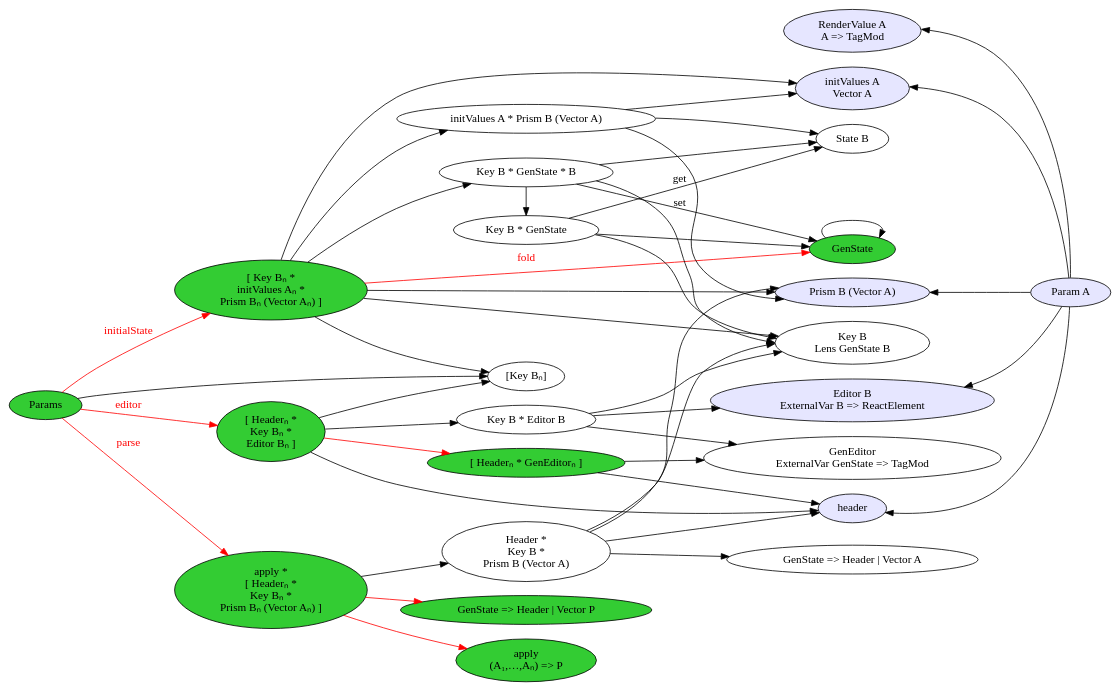
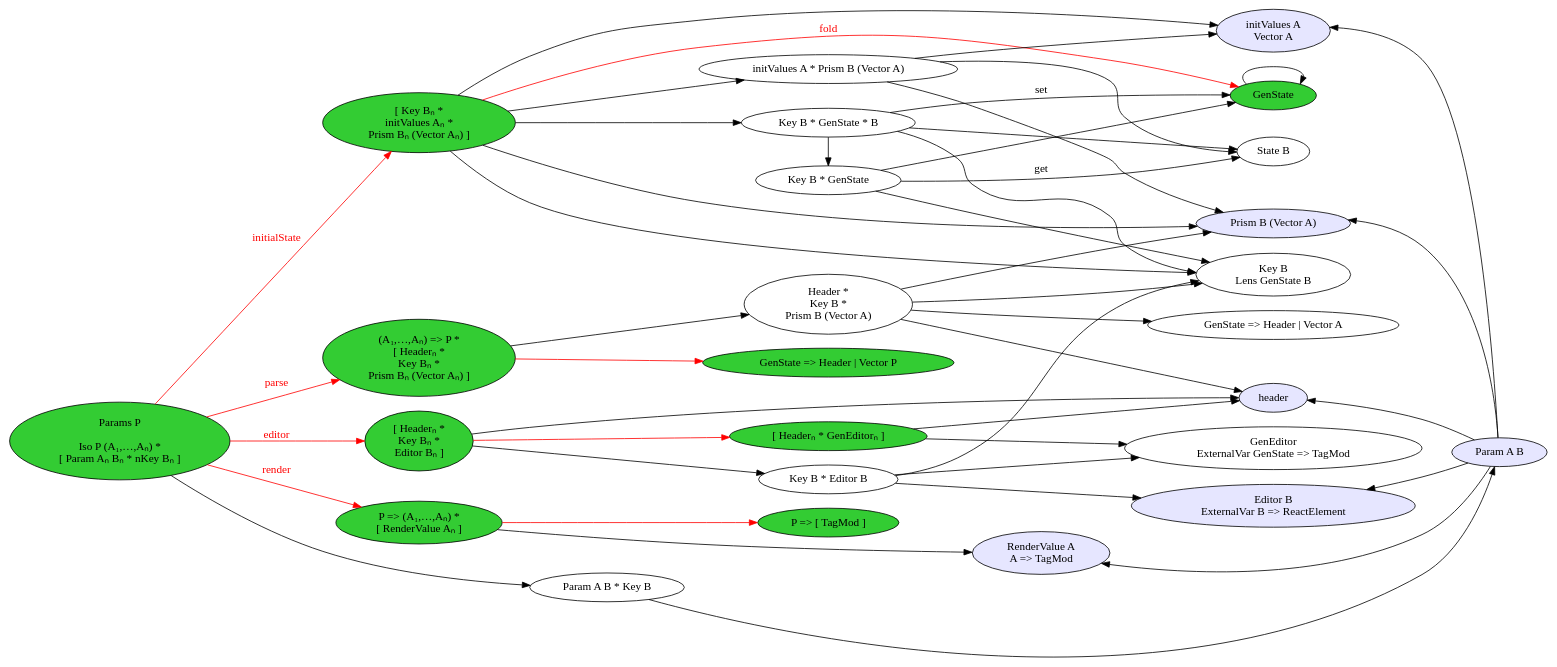
The diagram in params.gv (japgolly/scalajs-benchmark), drawn with Graphviz before and after one commit. The commit also changed 4 other files, not shown here.

```diff
--- a/params.gv
+++ b/params.gv
@@ -1,68 +1,75 @@
 digraph G {
 rankdir=LR
 
 { node[style=filled fillcolor="#e6e6ff"]
 header
 render [label="RenderValue A\nA => TagMod"]
 initValues [label="initValues A\nVector A"]
 editor [label="Editor B\nExternalVar B => ReactElement"]
 prism [label="Prism B (Vector A)"]
 
-Param [label="Param A"]
+Param [label="Param A B"]
 header,render,initValues,editor,prism -> Param [dir=back]
 }
 
 genEditor [label="GenEditor\nExternalVar GenState => TagMod"]
 
 { node[style=filled fillcolor="#33cc33"]
 gs [label="GenState"]
 gs -> gs
-GOAL_Params [label="Params"]
+GOAL_Params [label="Params P\n\nIso P (A₁,…,Aₙ) *\n[ Param Aₙ Bₙ * nKey Bₙ ]"]
 GOAL_editors [label="[ Headerₙ * GenEditorₙ ]"]
 initStateNeeds [label="[ Key Bₙ *\ninitValues Aₙ *\nPrism Bₙ (Vector Aₙ) ]"]
 editorNeeds [label="[ Headerₙ *\nKey Bₙ *\nEditor Bₙ ]"]
-parseNeeds [label="apply *\n[ Headerₙ *\nKey Bₙ *\nPrism Bₙ (Vector Aₙ) ]"]
+parseNeeds [label="(A₁,…,Aₙ) => P *\n[ Headerₙ *\nKey Bₙ *\nPrism Bₙ (Vector Aₙ) ]"]
 
 GOAL_parse [label="GenState => Header | Vector P"]
-apply [label="apply\n(A₁,…,Aₙ) => P"]
 
+GOAL_render [label="P => [ TagMod ]"]
+renderNeeds [label="P => (A₁,…,Aₙ) *\n[ RenderValue Aₙ ]"]
 
 edge [color=red fontcolor=red]
 GOAL_Params -> initStateNeeds [label="initialState"]
 initStateNeeds -> gs [label="fold"]
 GOAL_Params -> editorNeeds [label="editor"]
 editorNeeds -> GOAL_editors
 GOAL_Params -> parseNeeds [label="parse"]
-parseNeeds -> apply,GOAL_parse
+parseNeeds -> GOAL_parse
+GOAL_Params -> renderNeeds [label="render"]
+renderNeeds -> GOAL_render
 
 edge [style=dashed color=red]
 }
+
+// PP [label="Header *\nKey B *\ninitValues A *\nPrism B (Vector A) *\nEditor B"]
+// GOAL_Params -> PP
+tup_PK [label="Param A B * Key B"]
+tup_PK -> Param
+GOAL_Params -> tup_PK
 
 tup_HKP [label="Header *\nKey B *\nPrism B (Vector A)"]
 parseOne [label="GenState => Header | Vector A"]
 parseNeeds -> tup_HKP -> parseOne,header,key,prism
 
-// PKeys [label="∀ B ⊂ P.Bs : Key[B]"]
-PKeys [label="[Key Bₙ]"]
-GOAL_Params -> PKeys
+renderNeeds -> render
 
 tup_initValuesPrism [label="initValues A * Prism B (Vector A)"]
 tup_initValuesPrism -> sb,initValues,prism
 sb [label="State B"]
 key [label="Key B\nLens GenState B"]
 tup_keyGS [label="Key B * GenState"]
 tup_keyGS -> sb [label="get"]
 tup_keyGS -> gs,key
 tup_keyGSB [label="Key B * GenState * B"]
 tup_keyGSB -> gs [label="set"]
 tup_keyGSB -> key,sb
 tup_keyGSB -> tup_keyGS [constraint=false]
 
-initStateNeeds-> key,prism,initValues,PKeys,tup_keyGSB,tup_initValuesPrism
+initStateNeeds-> key,prism,initValues,tup_keyGSB,tup_initValuesPrism
 
-editorNeeds -> header,tup_keyEd,PKeys
+editorNeeds -> header,tup_keyEd
 GOAL_editors -> header,genEditor
 tup_keyEd [label="Key B * Editor B"]
 tup_keyEd -> key,editor,genEditor
 
 }
```
